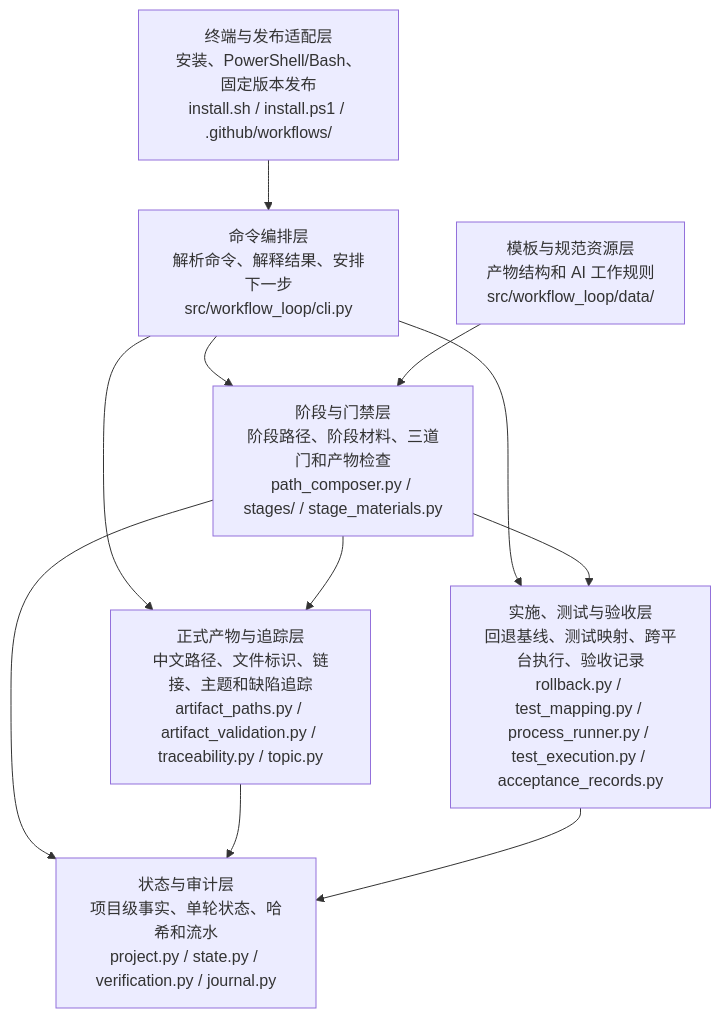
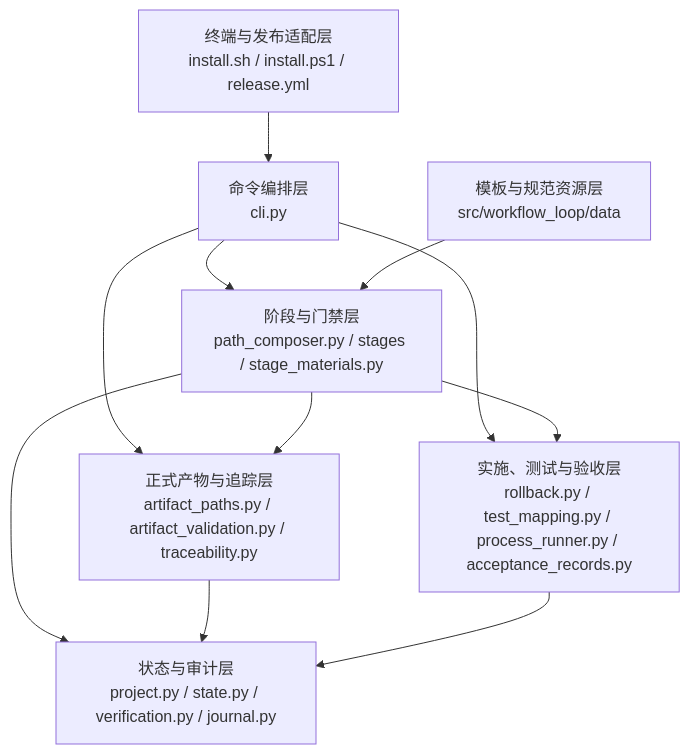
The diagram in spec/代码架构设计.md (yuzyf/workflow_loop), drawn with Mermaid before and after one commit. The commit also changed other lines of this file and 20 other files, not shown here.

````diff
--- a/spec/代码架构设计.md
+++ b/spec/代码架构设计.md
@@ -107,21 +86,20 @@
 ```mermaid
 flowchart TB
-    A["终端与发布适配层<br/>安装、PowerShell/Bash、固定版本发布<br/>install.sh / install.ps1 / .github/workflows/"]
-    B["命令编排层<br/>解析命令、解释结果、安排下一步<br/>src/workflow_loop/cli.py"]
-    C["阶段与门禁层<br/>阶段路径、阶段材料、三道门和产物检查<br/>path_composer.py / stages/ / stage_materials.py"]
-    D["正式产物与追踪层<br/>中文路径、文件标识、链接、主题和缺陷追踪<br/>artifact_paths.py / artifact_validation.py / traceability.py / topic.py"]
-    E["实施、测试与验收层<br/>回退基线、测试映射、跨平台执行、验收记录<br/>rollback.py / test_mapping.py / process_runner.py / test_execution.py / acceptance_records.py"]
-    F["状态与审计层<br/>项目级事实、单轮状态、哈希和流水<br/>project.py / state.py / verification.py / journal.py"]
-    G["模板与规范资源层<br/>产物结构和 AI 工作规则<br/>src/workflow_loop/data/"]
-
+    A["终端与发布适配层<br/>install.sh / install.ps1 / release.yml"]
+    B["命令编排层<br/>cli.py"]
+    C["阶段与门禁层<br/>path_composer.py / stages / stage_materials.py"]
+    D["正式产物与追踪层<br/>artifact_paths.py / artifact_validation.py / traceability.py"]
+    E["实施、测试与验收层<br/>rollback.py / test_mapping.py / process_runner.py / acceptance_records.py"]
+    F["状态与审计层<br/>project.py / state.py / verification.py / journal.py"]
+    G["模板与规范资源层<br/>src/workflow_loop/data"]
     A --> B
     B --> C
     B --> D
     B --> E
     C --> D
     C --> E
     C --> F
     D --> F
     E --> F
     G --> C
 ```
````
